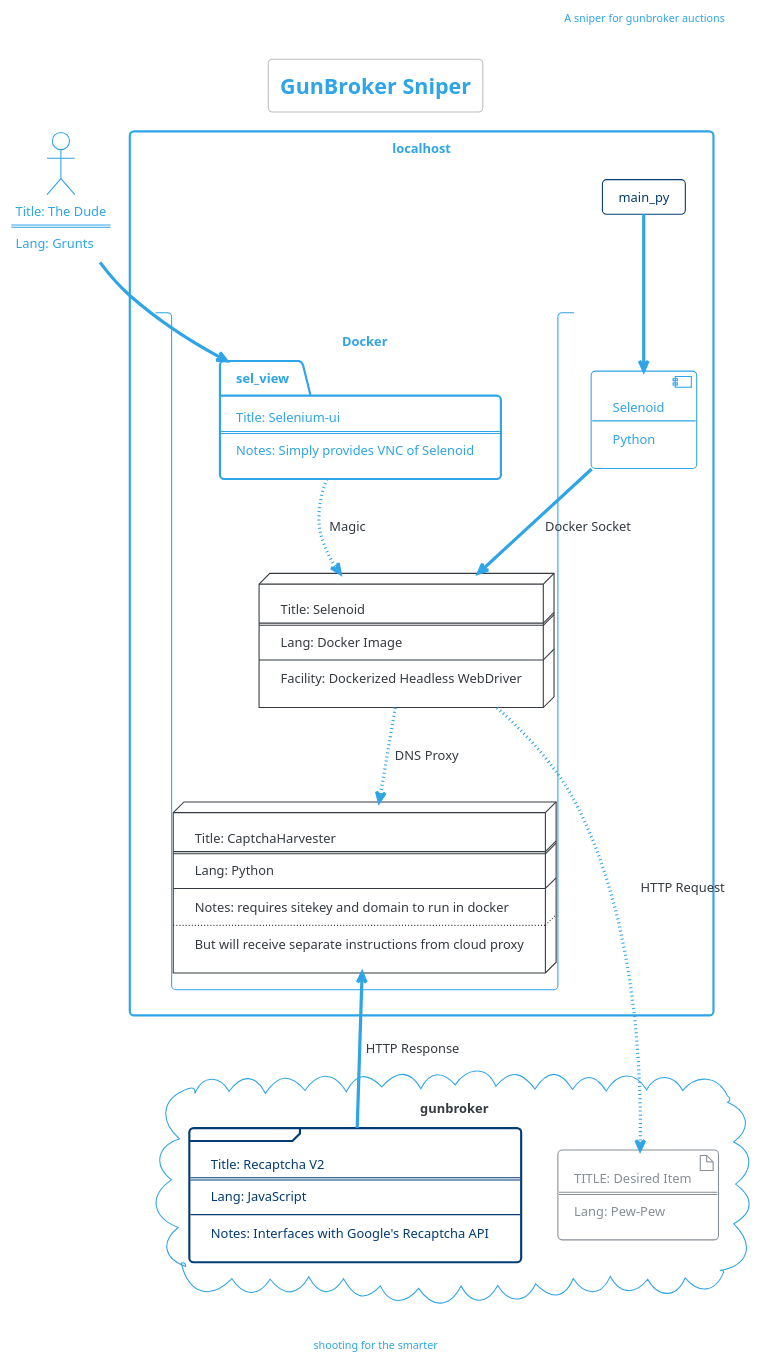
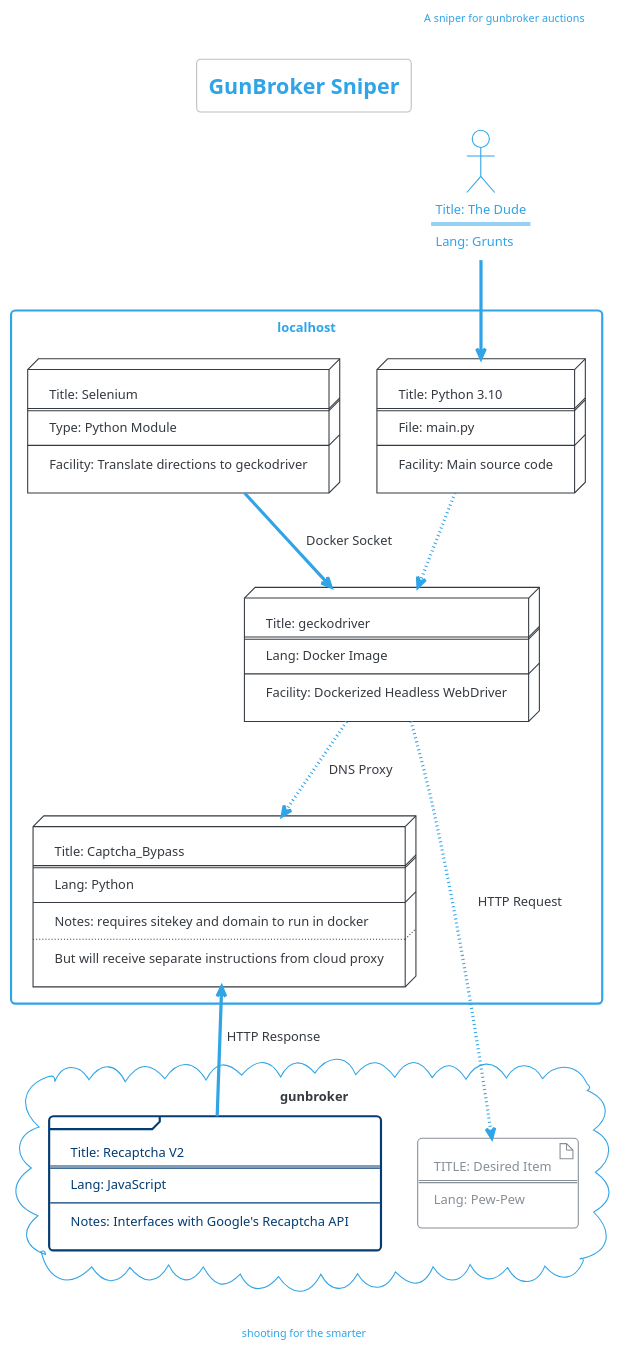
Before and after one commit to anoduck/gunbroker-sniper: the diagram in gunbroker-sniper.puml, drawn with PlantUML. The commit also changed 6 other files, not shown here.

```diff
--- a/gunbroker-sniper.puml
+++ b/gunbroker-sniper.puml
@@ -1,67 +1,69 @@
 @startuml
 'https://plantuml.com/activity-diagram-beta
 !theme cerulean-outline
 title GunBroker Sniper
 header A sniper for gunbroker auctions
 footer shooting for the smarter
 
 actor dude [
 	Title: The Dude
 	===
 	Lang: Grunts
 ]
 rectangle localhost{
-	stack Docker{
-		node selenoid [
-			Title: Selenoid
-			===
-			Lang: Docker Image
-			---
-			Facility: Dockerized Headless WebDriver
-		]
-		package sel_view [
-			Title: Selenium-ui
-			===
-			Notes: Simply provides VNC of Selenoid
-		]
-		node captcha_harvester [
-			Title: CaptchaHarvester
-			===
-			Lang: Python
-			---
-			Notes: requires sitekey and domain to run in docker
-			....
-			But will receive separate instructions from cloud proxy
-		]
-	}
-	card main_py
-	component selenium [
-		Selenoid
+	node python [
+		Title: Python 3.10
+		===
+		File: main.py
 		---
-		Python
+		Facility: Main source code
+	]
+	node geckodriver [
+		Title: geckodriver
+		===
+		Lang: Docker Image
+		---
+		Facility: Dockerized Headless WebDriver
+	]
+	node selenium [
+		Title: Selenium
+		===
+		Type: Python Module
+		---
+		Facility: Translate directions to geckodriver
+	]
+	node captcha_bypass [
+		Title: Captcha_Bypass
+		===
+		Lang: Python
+		---
+		Notes: requires sitekey and domain to run in docker
+		....
+		But will receive separate instructions from cloud proxy
 	]
 }
 cloud gunbroker{
 	frame recaptchav2 [
 	Title: Recaptcha V2
 	===
 	Lang: JavaScript
 	---
 	Notes: Interfaces with Google's Recaptcha API
 	]
 	artifact item [
 	TITLE: Desired Item
 	===
 	Lang: Pew-Pew
 	]
 }
-dude --> sel_view
-sel_view ~~> selenoid : ""Magic""
-main_py --> selenium
-selenium --> selenoid : ""Docker Socket""
-selenoid ~~> item : ""HTTP Request""
-selenoid ~~> captcha_harvester : "DNS Proxy"
-captcha_harvester <-- recaptchav2 : ""HTTP Response""
+'dude --> sel_view
+'sel_view ~~> geckodriver : ""Magic""
+dude --> python
+python ~~> geckodriver
+selenium --> geckodriver : ""Docker Socket""
+geckodriver ~~> item : ""HTTP Request""
+geckodriver ~~> captcha_bypass : "DNS Proxy"
+captcha_bypass <-- recaptchav2 : ""HTTP Response""
 
 
 @enduml
```
